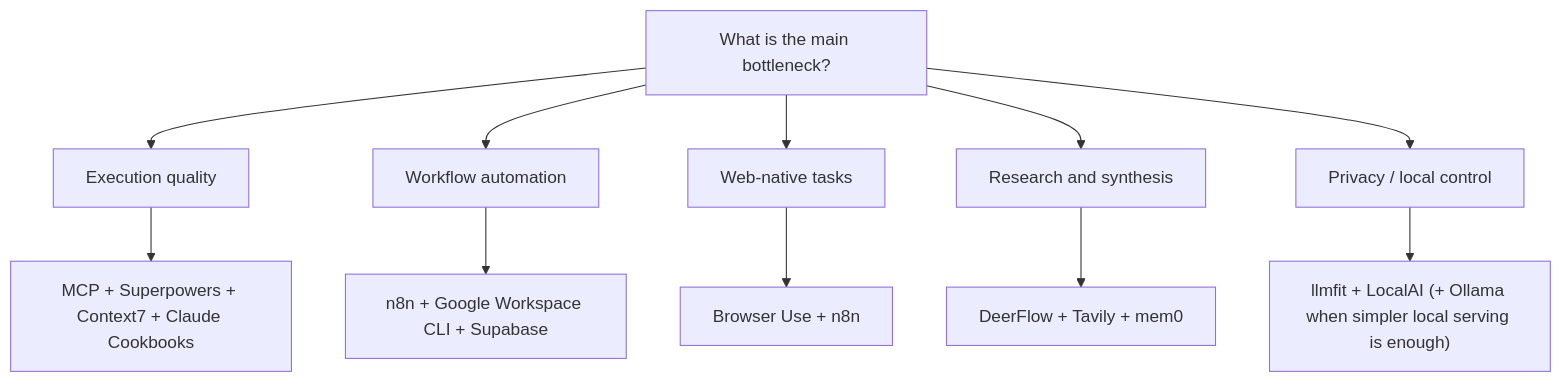
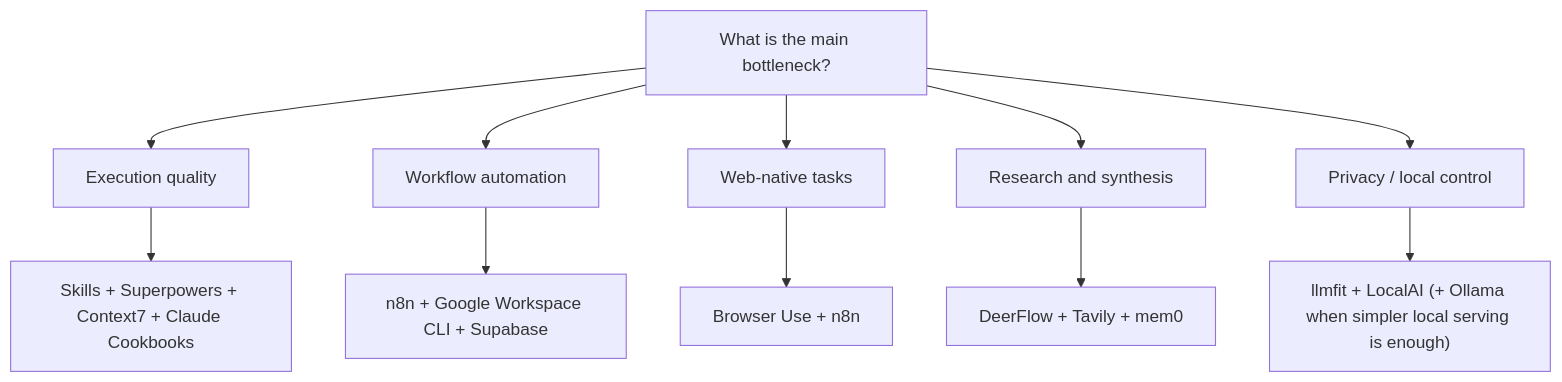
The first of 2 diagrams in docs/knowledge_base/ai_company_starter_stack.md (joanmarcriera/Home-office-automations), drawn with Mermaid before and after one commit. The commit also changed other lines of this file and 6 other files, not shown here.

````diff
--- a/docs/knowledge_base/ai_company_starter_stack.md
+++ b/docs/knowledge_base/ai_company_starter_stack.md
@@ -184,14 +165,14 @@
 ```mermaid
 flowchart TD
     A["What is the main bottleneck?"] --> B["Execution quality"]
     A --> C["Workflow automation"]
     A --> D["Web-native tasks"]
     A --> E["Research and synthesis"]
     A --> F["Privacy / local control"]
 
-    B --> B1["MCP + Superpowers + Context7 + Claude Cookbooks"]
+    B --> B1["Skills + Superpowers + Context7 + Claude Cookbooks"]
     C --> C1["n8n + Google Workspace CLI + Supabase"]
     D --> D1["Browser Use + n8n"]
     E --> E1["DeerFlow + Tavily + mem0"]
     F --> F1["llmfit + LocalAI (+ Ollama when simpler local serving is enough)"]
 ```
````
